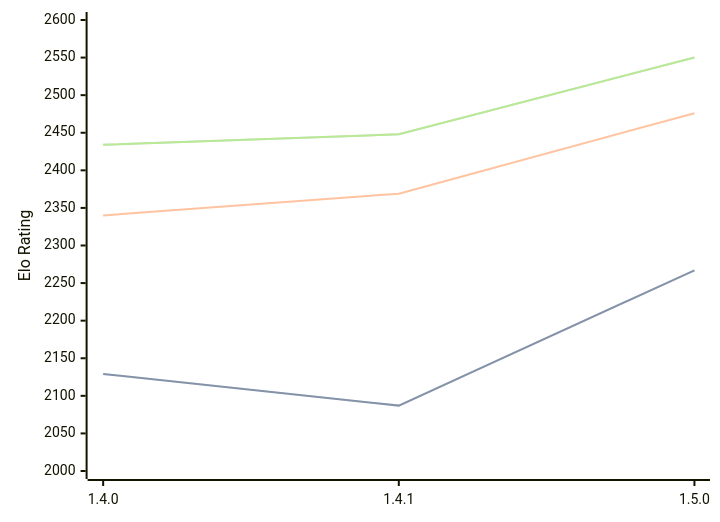
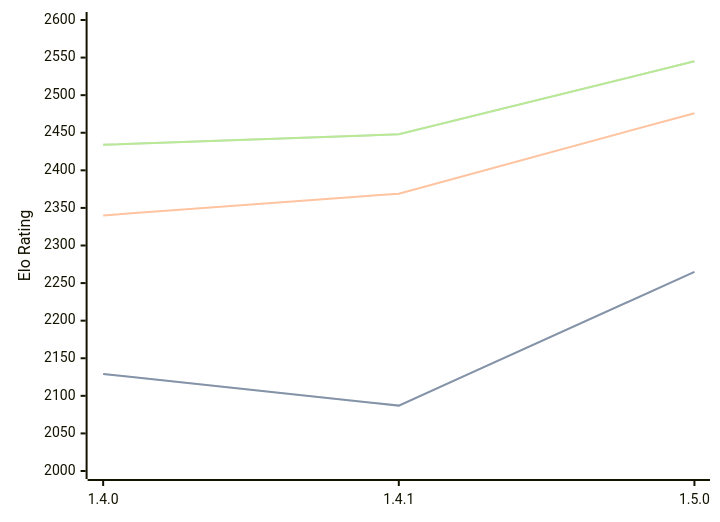
One commit to computer-chess-index/cci changed the diagram in engines/Tofiks.md. Above: the diagram before and after it, drawn with Mermaid. The commit also changed other lines of this file, not shown here.

Commit message:
Update CCI Ratings (ELO VLTC) - 2026-05-08

````diff
--- a/engines/Tofiks.md
+++ b/engines/Tofiks.md
@@ -37,11 +37,11 @@
 ```mermaid
 %%{init: {"theme":"base","themeVariables":{"seriesColors:['#a3a3a3','#222221','#faa371']}}}%%
 xychart-beta
   x-axis ["1.4.0", "1.4.1", "1.5.0"]
   y-axis "Elo Rating" 2000 --> 2600
-  line "STC (8.0+0.08s)" [2129, 2087, 2267]
-  line "STC (8.0+0.08s)" [2129, 2087, 2267]
+  line "STC (8.0+0.08s)" [2129, 2087, 2265]
+  line "STC (8.0+0.08s)" [2129, 2087, 2265]
   line "LTC (60.0+0.60s)" [2340, 2369, 2476]
-  line "VLTC (2m24s+1.12s)" [2434, 2448, 2550]
-  line "VLTC (2m24s+1.12s)" [2434, 2448, 2550]
+  line "VLTC (2m24s+1.12s)" [2434, 2448, 2545]
+  line "VLTC (2m24s+1.12s)" [2434, 2448, 2545]
 ```
````
